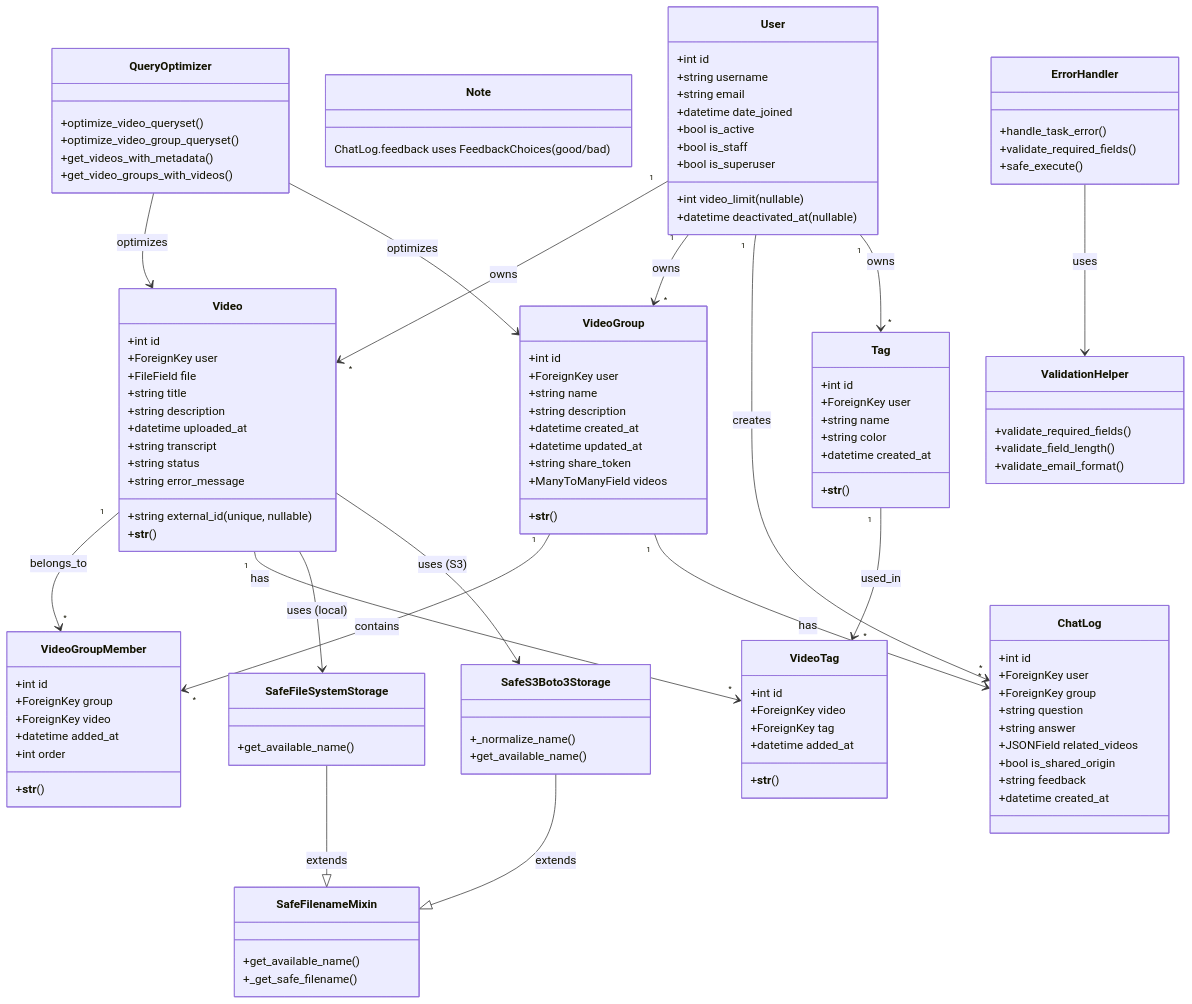
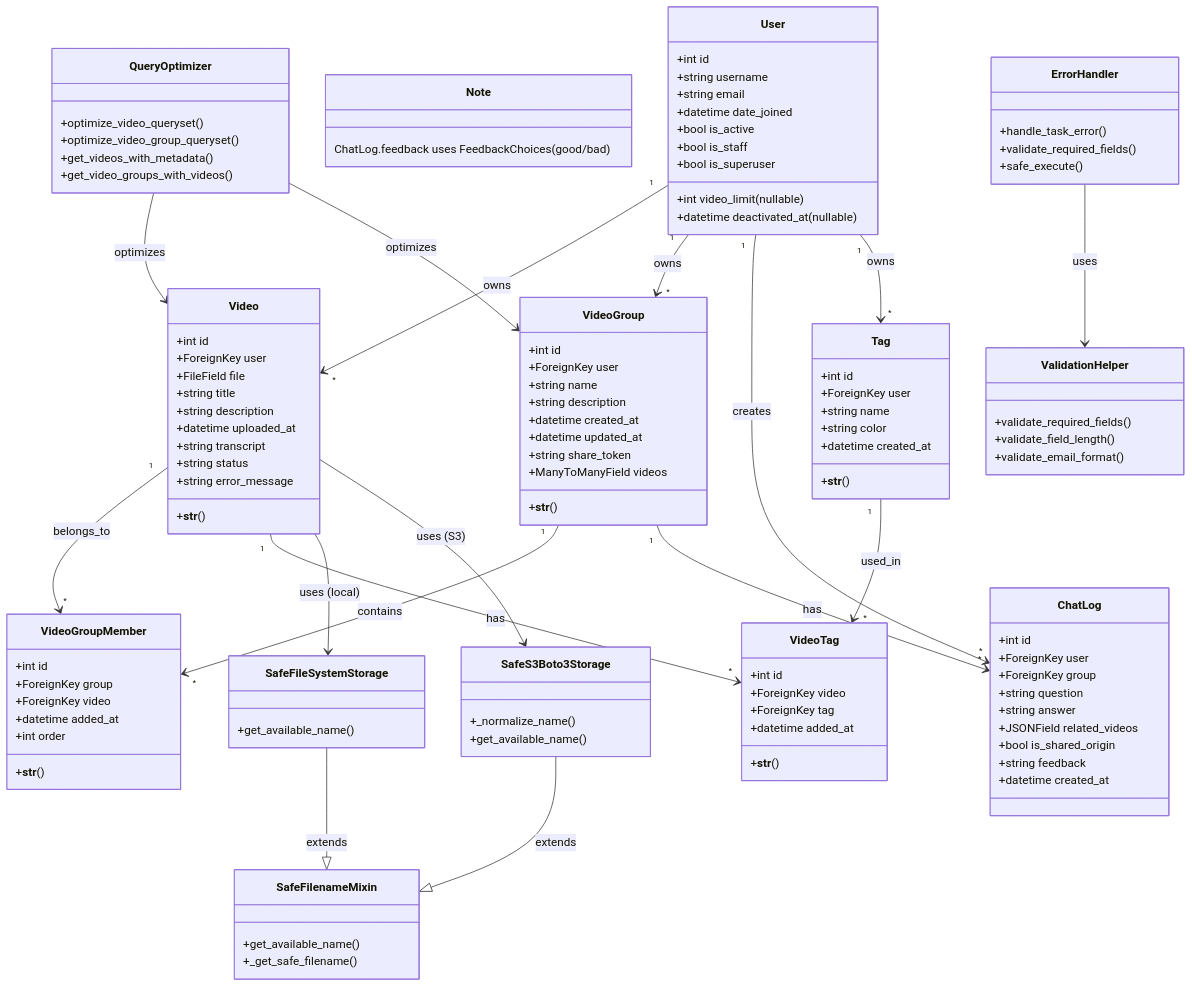
Before and after one commit to yukiharada1228/videoq: the first of 3 diagrams in docs/design/class-diagram.md, drawn with Mermaid. The commit also changed 27 other files, not shown here.

```diff
--- a/docs/design/class-diagram.md
+++ b/docs/design/class-diagram.md
@@ -30,7 +30,6 @@
         +string transcript
         +string status
         +string error_message
-        +string external_id (unique, nullable)
         +__str__()
     }
     
```
